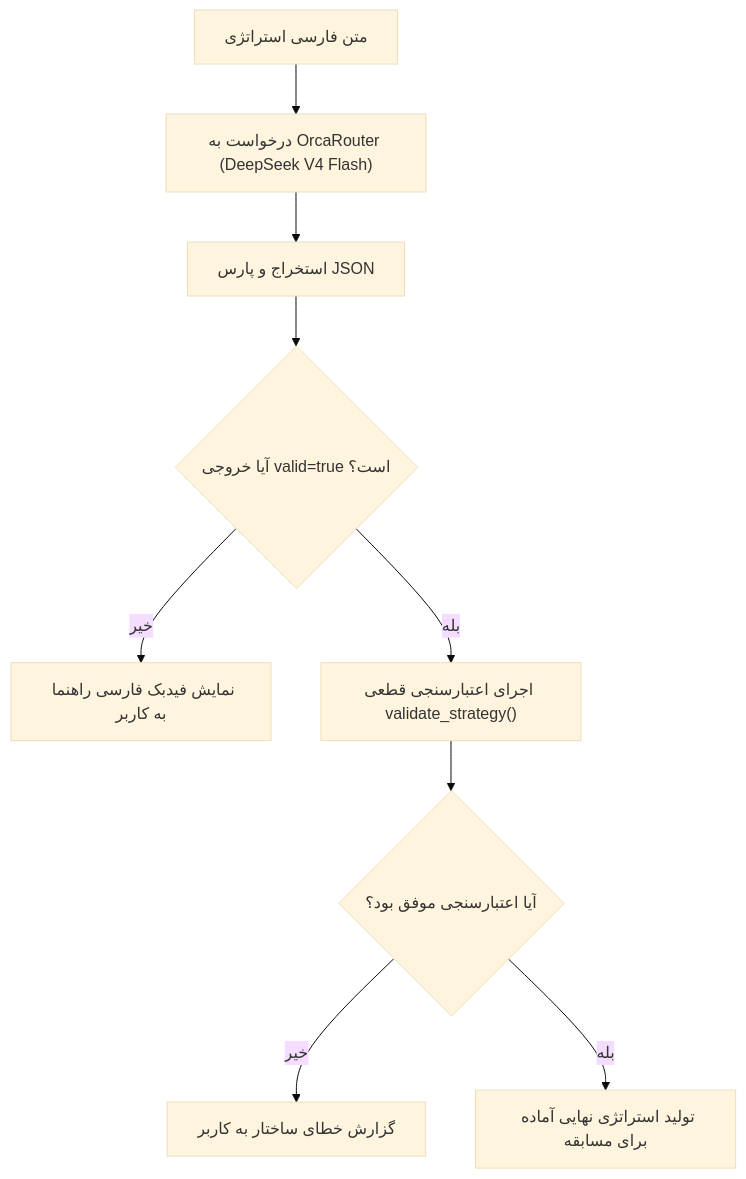
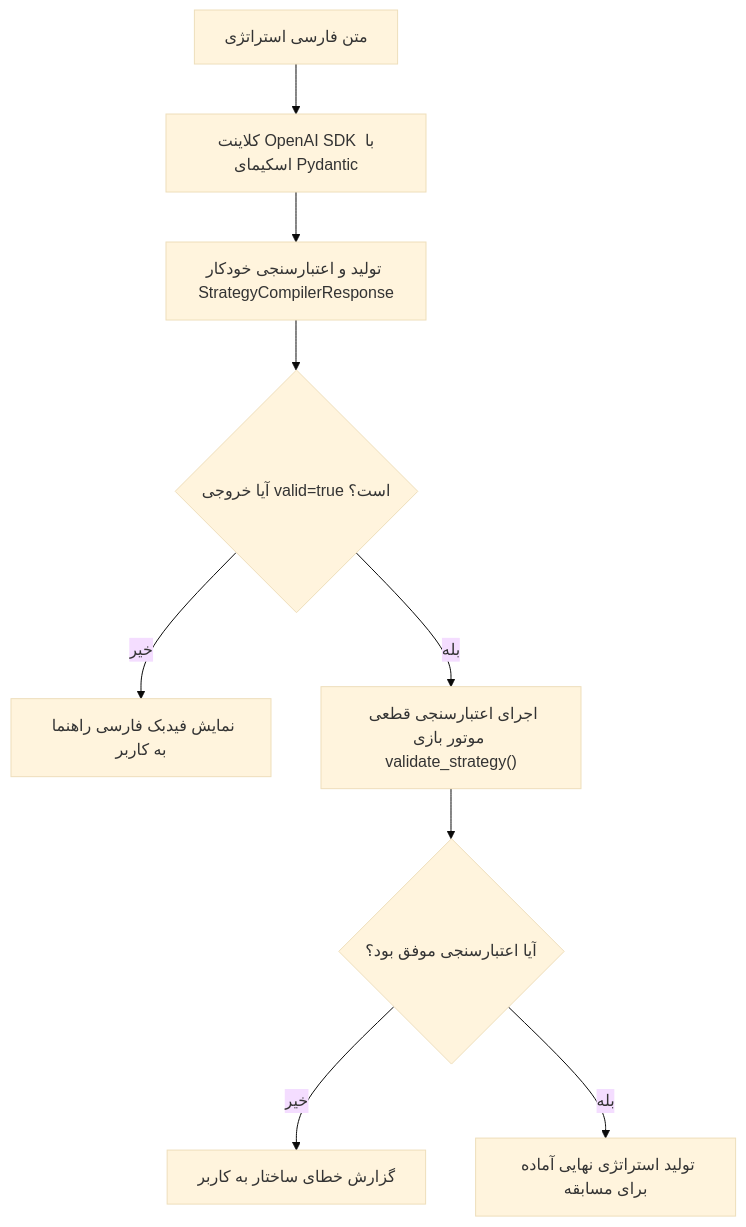
One commit to PM-2006/headballKarsoogh changed the diagram in doc/ai-compiler.md. Above: the diagram before and after it, drawn with Mermaid (base theme). The commit also changed other lines of this file and 13 other files, not shown here.

````diff
--- a/doc/ai-compiler.md
+++ b/doc/ai-compiler.md
@@ -57,11 +69,11 @@
 ```mermaid
 flowchart TD
-    A["متن فارسی استراتژی"] --> B["درخواست به OrcaRouter (DeepSeek V4 Flash)"]
-    B --> C["استخراج و پارس JSON"]
+    A["متن فارسی استراتژی"] --> B["کلاینت OpenAI SDK با اسکیمای Pydantic"]
+    B --> C["تولید و اعتبارسنجی خودکار StrategyCompilerResponse"]
     C --> D{"آیا خروجی valid=true است؟"}
     D -- خیر --> E["نمایش فیدبک فارسی راهنما به کاربر"]
-    D -- بله --> F["اجرای اعتبارسنجی قطعی validate_strategy()"]
+    D -- بله --> F["اجرای اعتبارسنجی قطعی موتور بازی validate_strategy()"]
     F --> G{"آیا اعتبارسنجی موفق بود؟"}
     G -- خیر --> H["گزارش خطای ساختار به کاربر"]
     G -- بله --> I["تولید استراتژی نهایی آماده برای مسابقه"]
 ```
````
